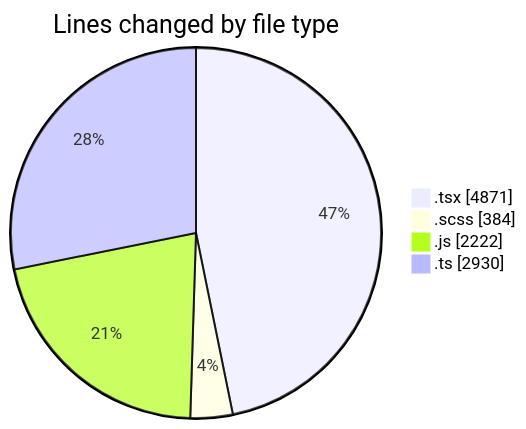
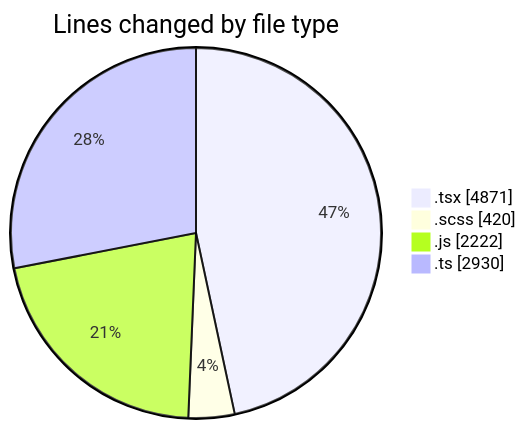
Before and after one commit to momahboobian/code-tracking: the first of 2 diagrams in 2026-06-17/cda/README.md, drawn with Mermaid. The commit also changed other lines of this file and 1 other file, not shown here.

````diff
--- a/2026-06-17/cda/README.md
+++ b/2026-06-17/cda/README.md
@@ -60,8 +60,8 @@
 ```mermaid
 pie showData
 title Lines changed by file type
 ".tsx" : 4871
-".scss" : 384
+".scss" : 420
 ".js" : 2222
 ".ts" : 2930
 ```
````
